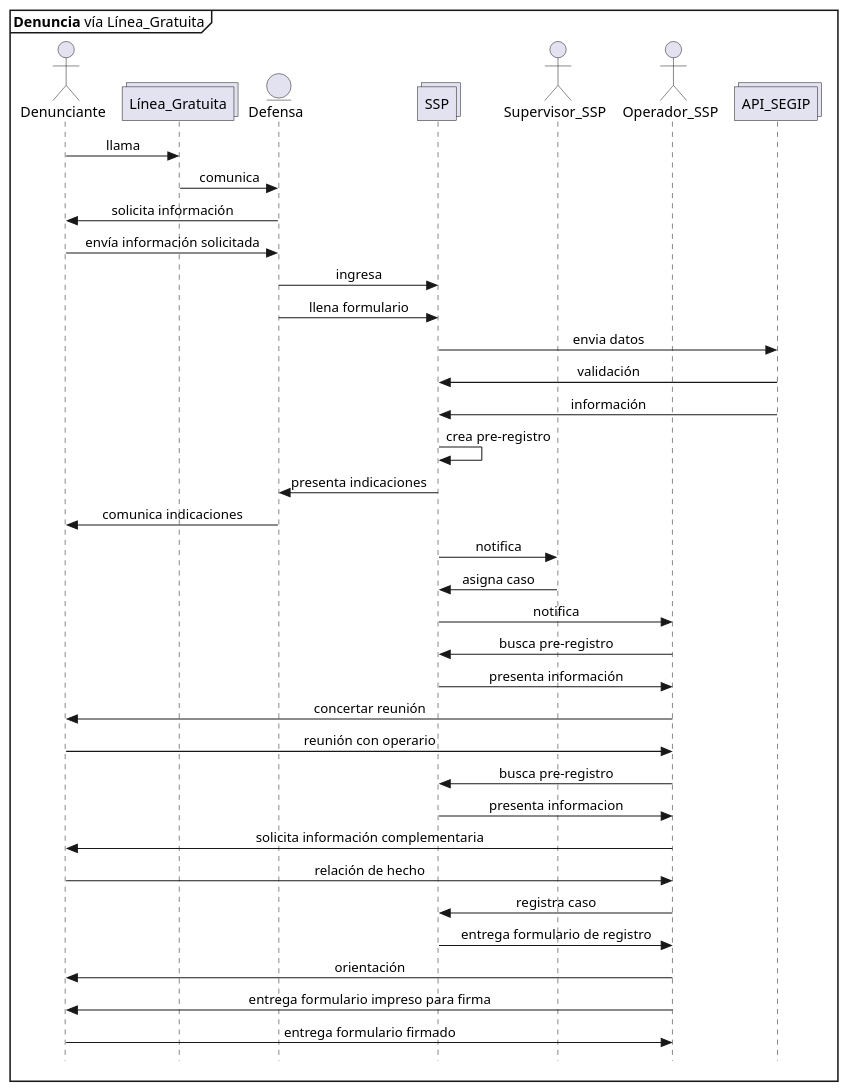
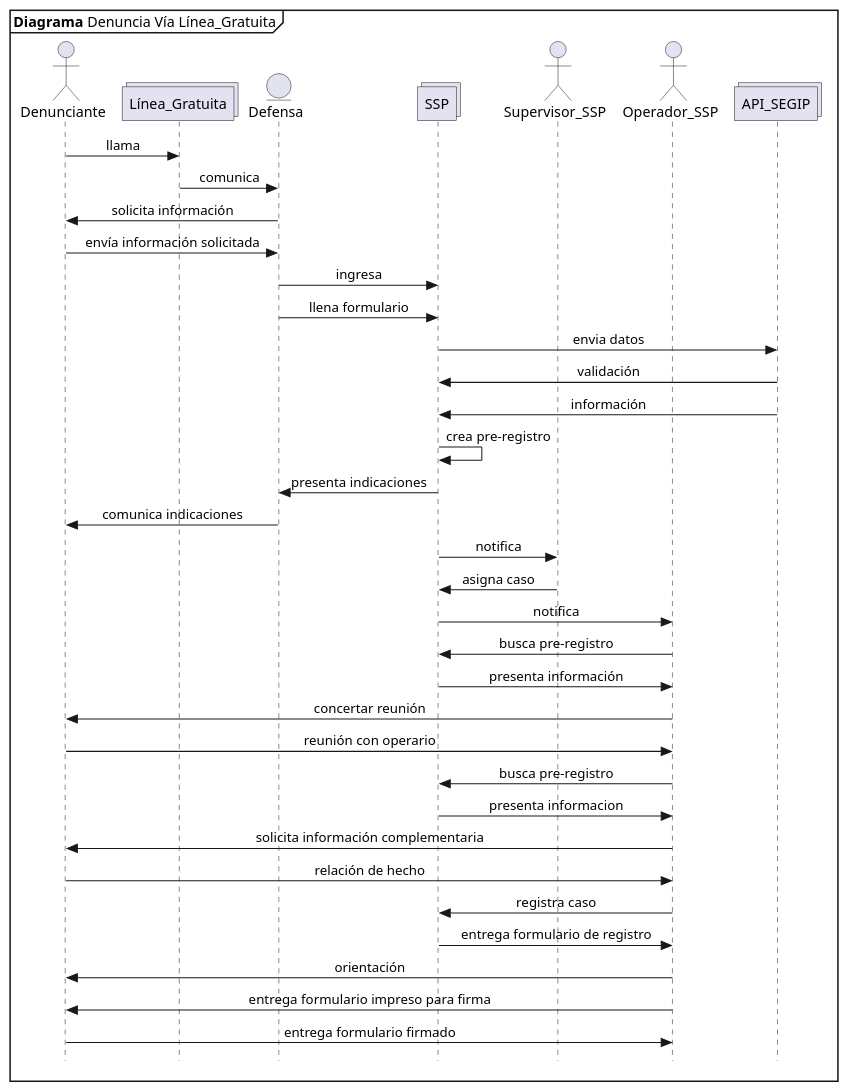
Before and after one commit to n1m0d0/defdiag: the diagram in propuesta SSP/03 pre registro telefonica.plantuml, drawn with PlantUML. The commit also changed 4 other files, not shown here.

Commit message:
Nombres de los diagramas del 1 al 5

```diff
--- a/propuesta SSP/03 pre registro telefonica.plantuml
+++ b/propuesta SSP/03 pre registro telefonica.plantuml
@@ -1,44 +1,44 @@
 @startuml Denuncia_Linea_Gratuita
 skinparam Style strictuml
 skinparam SequenceMessageAlignment center
 
-mainframe **Denuncia** vía Línea_Gratuita
+mainframe **Diagrama** Denuncia Vía Línea_Gratuita
 
 actor Denunciante as pre
 collections Línea_Gratuita
 entity Defensa as def
 collections SSP 
 actor Supervisor_SSP as supssp
 actor Operador_SSP as opssp
 collections API_SEGIP as segip
 
 pre -> Línea_Gratuita : llama
 Línea_Gratuita -> def : comunica
 def -> pre : solicita información
 pre -> def : envía información solicitada
 def -> SSP : ingresa
 def -> SSP : llena formulario
 SSP -> segip : envia datos
 segip -> SSP : validación 
 segip -> SSP: información
 SSP->SSP : crea pre-registro
 SSP->def : presenta indicaciones
 def->pre : comunica indicaciones
 SSP->supssp : notifica
 supssp-> SSP : asigna caso
 SSP->opssp : notifica
 opssp->SSP : busca pre-registro
 SSP->opssp : presenta información
 opssp->pre : concertar reunión
 pre->opssp : reunión con operario
 opssp->SSP : busca pre-registro
 SSP->opssp : presenta informacion
 opssp -> pre : solicita información complementaria
 pre->opssp : relación de hecho
 opssp->SSP : registra caso
 SSP->opssp : entrega formulario de registro
 opssp->pre : orientación
 opssp->pre : entrega formulario impreso para firma
 pre->opssp : entrega formulario firmado
 
 @enduml
```
